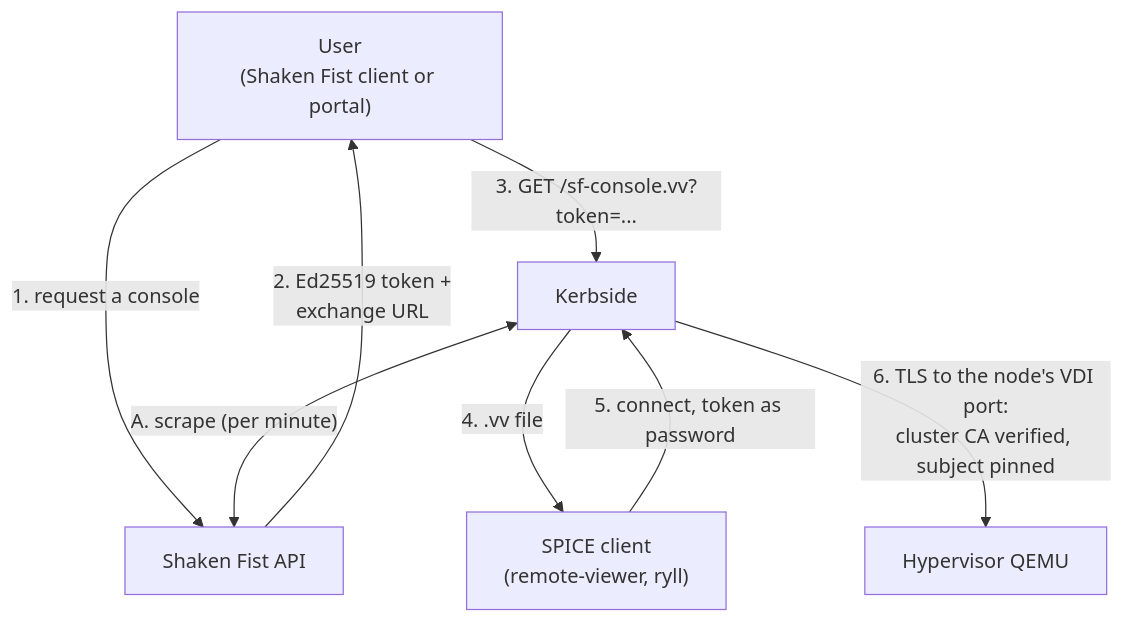
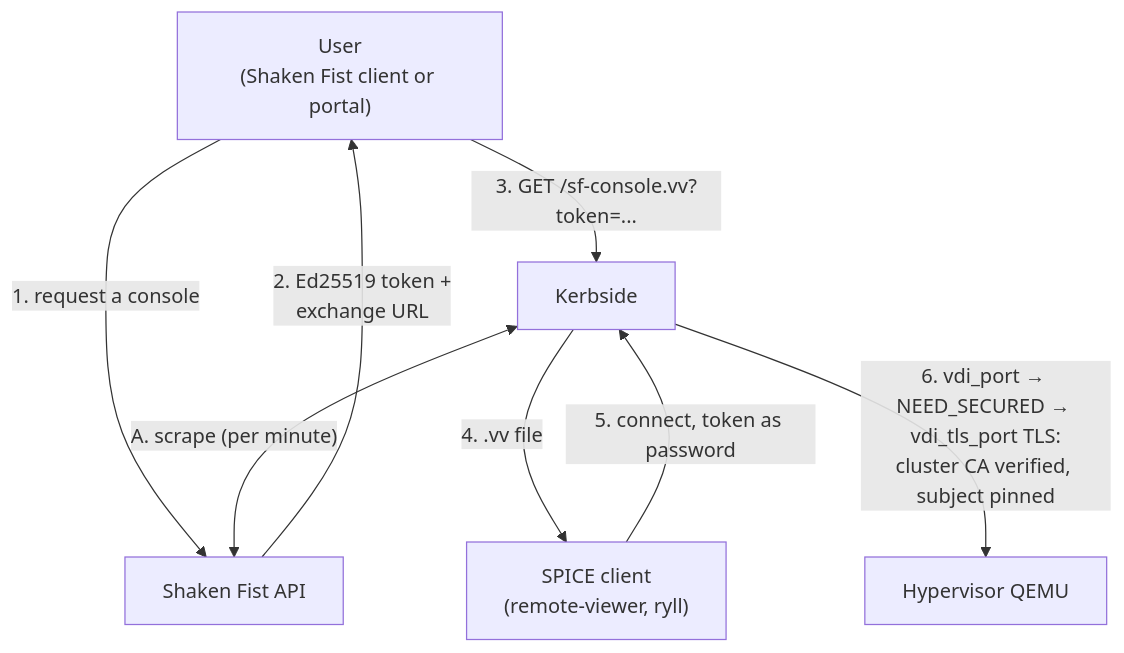
The diagram in docs/use-cases/shaken-fist.md (shakenfist/kerbside), drawn with Mermaid before and after one commit. The commit also changed other lines of this file and 5 other files, not shown here.

````diff
--- a/docs/use-cases/shaken-fist.md
+++ b/docs/use-cases/shaken-fist.md
@@ -67,16 +78,16 @@
 ```mermaid
 flowchart TD
     user["User<br/>(Shaken Fist client or portal)"]
     client["SPICE client<br/>(remote-viewer, ryll)"]
     kerbside["Kerbside"]
     sfapi["Shaken Fist API"]
     hypervisor["Hypervisor QEMU"]
 
     user -- "1. request a console" --> sfapi
     sfapi -- "2. Ed25519 token +<br/>exchange URL" --> user
     user -- "3. GET /sf-console.vv?token=..." --> kerbside
     kerbside -- "4. .vv file" --> client
     client -- "5. connect, token as password" --> kerbside
     kerbside <-- "A. scrape (per minute)" --> sfapi
-    kerbside -- "6. TLS to the node's VDI port:<br/>cluster CA verified, subject pinned" --> hypervisor
+    kerbside -- "6. vdi_port → NEED_SECURED → vdi_tls_port TLS:<br/>cluster CA verified, subject pinned" --> hypervisor
 ```
````
